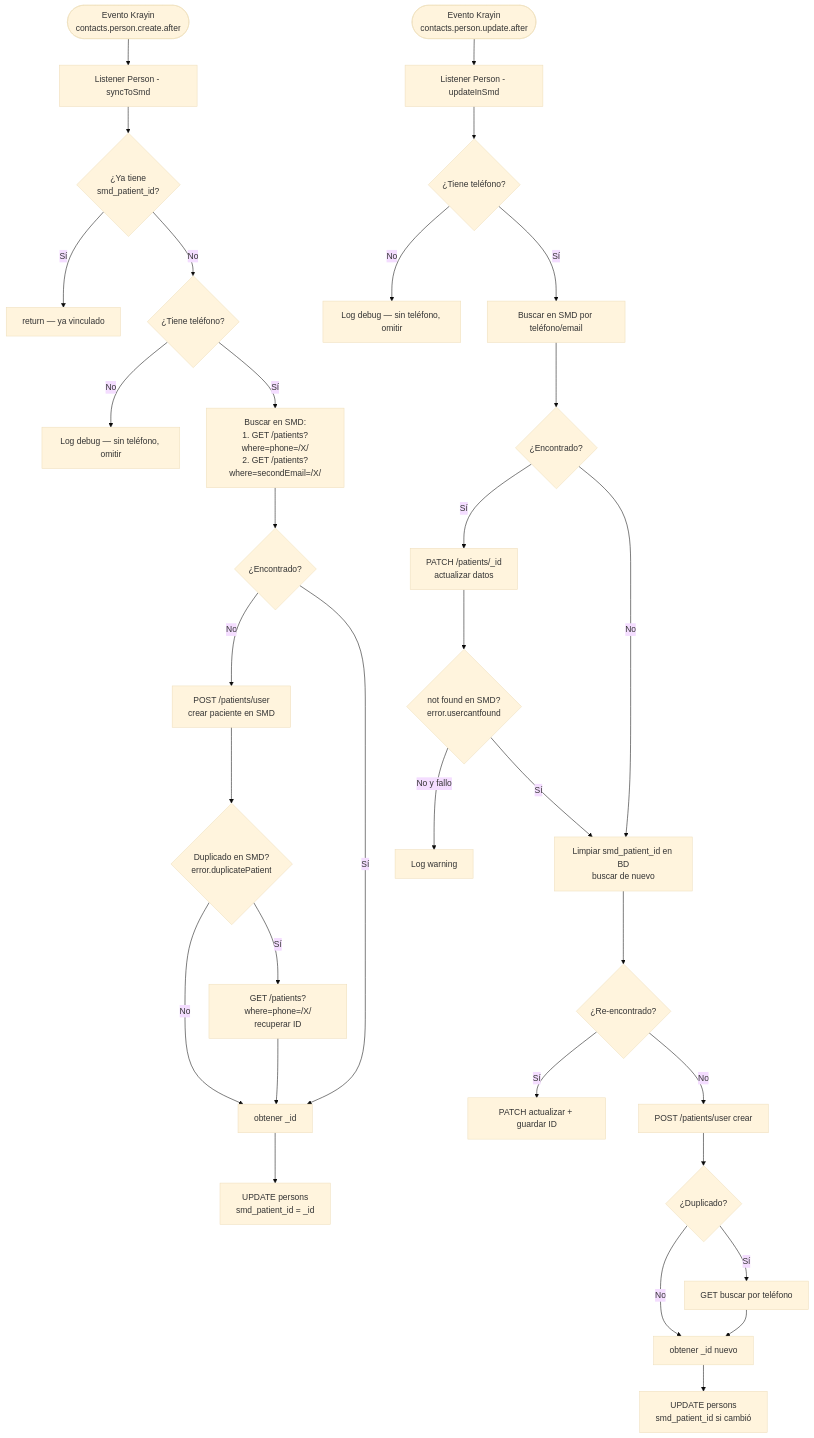
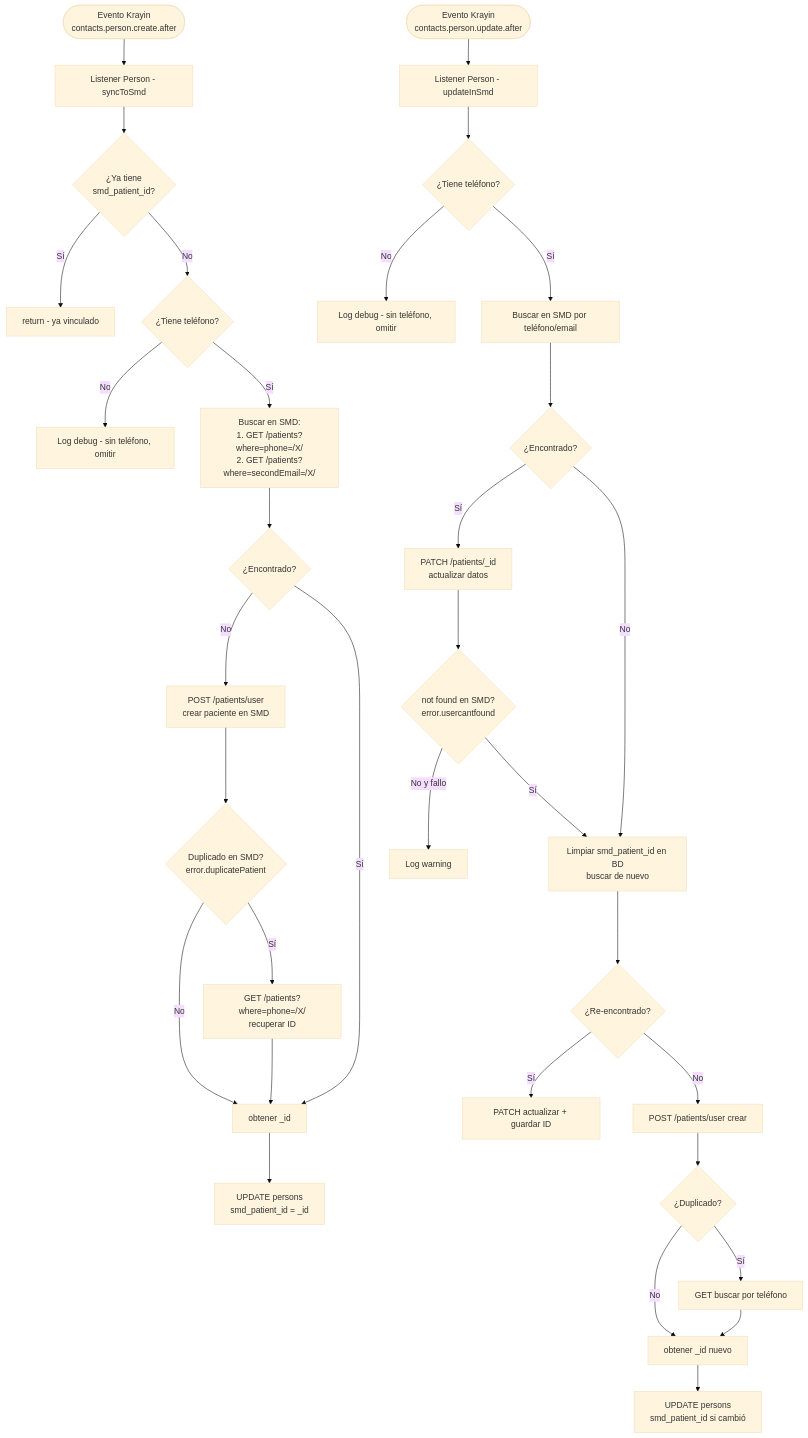
The fifth of 7 diagrams in planning/informes/integracion-sharemedata.md (Jalx1000/fobo-crms), drawn with Mermaid (base theme) before and after one commit. The commit also changed other lines of this file and 347 other files, not shown here.

````diff
--- a/planning/informes/integracion-sharemedata.md
+++ b/planning/informes/integracion-sharemedata.md
@@ -249,37 +249,37 @@
 ```mermaid
 flowchart TD
     EC([Evento Krayin\ncontacts.person.create.after]) --> SL[Listener Person - syncToSmd]
     EU([Evento Krayin\ncontacts.person.update.after]) --> UL[Listener Person - updateInSmd]
 
     SL --> SC{¿Ya tiene\nsmd_patient_id?}
-    SC -- Sí --> SEnd[return — ya vinculado]
+    SC -- Sí --> SEnd[return - ya vinculado]
     SC -- No --> SP{¿Tiene teléfono?}
-    SP -- No --> SND[Log debug — sin teléfono, omitir]
+    SP -- No --> SND[Log debug - sin teléfono, omitir]
     SP -- Sí --> SF[Buscar en SMD:\n1. GET /patients?where=phone=/X/\n2. GET /patients?where=secondEmail=/X/]
     SF --> SF2{¿Encontrado?}
     SF2 -- No --> SC2[POST /patients/user\ncrear paciente en SMD]
     SC2 --> SD{Duplicado en SMD?\nerror.duplicatePatient}
     SD -- Sí --> SR[GET /patients?where=phone=/X/\nrecuperar ID]
     SD -- No --> SID[obtener _id]
     SR --> SID
     SF2 -- Sí --> SID
     SID --> SDBW[UPDATE persons\nsmd_patient_id = _id]
 
     UL --> UP{¿Tiene teléfono?}
-    UP -- No --> UND[Log debug — sin teléfono, omitir]
+    UP -- No --> UND[Log debug - sin teléfono, omitir]
     UP -- Sí --> UF[Buscar en SMD por teléfono/email]
     UF --> UF2{¿Encontrado?}
     UF2 -- Sí --> UU[PATCH /patients/_id\nactualizar datos]
     UU --> UNF{not found en SMD?\nerror.usercantfound}
     UNF -- Sí --> UClear[Limpiar smd_patient_id en BD\nbuscar de nuevo]
     UNF -- No y fallo --> UWarn[Log warning]
     UClear --> UF3{¿Re-encontrado?}
     UF3 -- Sí --> UU2[PATCH actualizar + guardar ID]
     UF3 -- No --> UC2[POST /patients/user crear]
     UC2 --> UD2{¿Duplicado?}
     UD2 -- Sí --> UR2[GET buscar por teléfono]
     UD2 -- No --> USID[obtener _id nuevo]
     UR2 --> USID
     UF2 -- No --> UClear
     USID --> UDBW[UPDATE persons\nsmd_patient_id si cambió]
 ```
````
